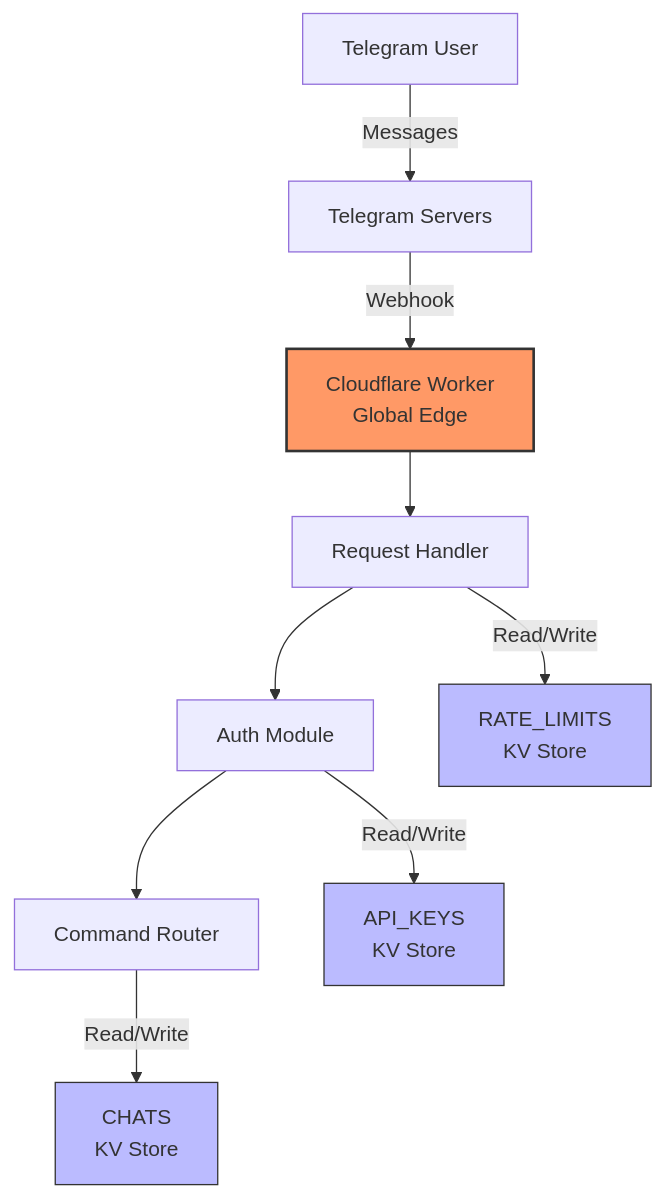
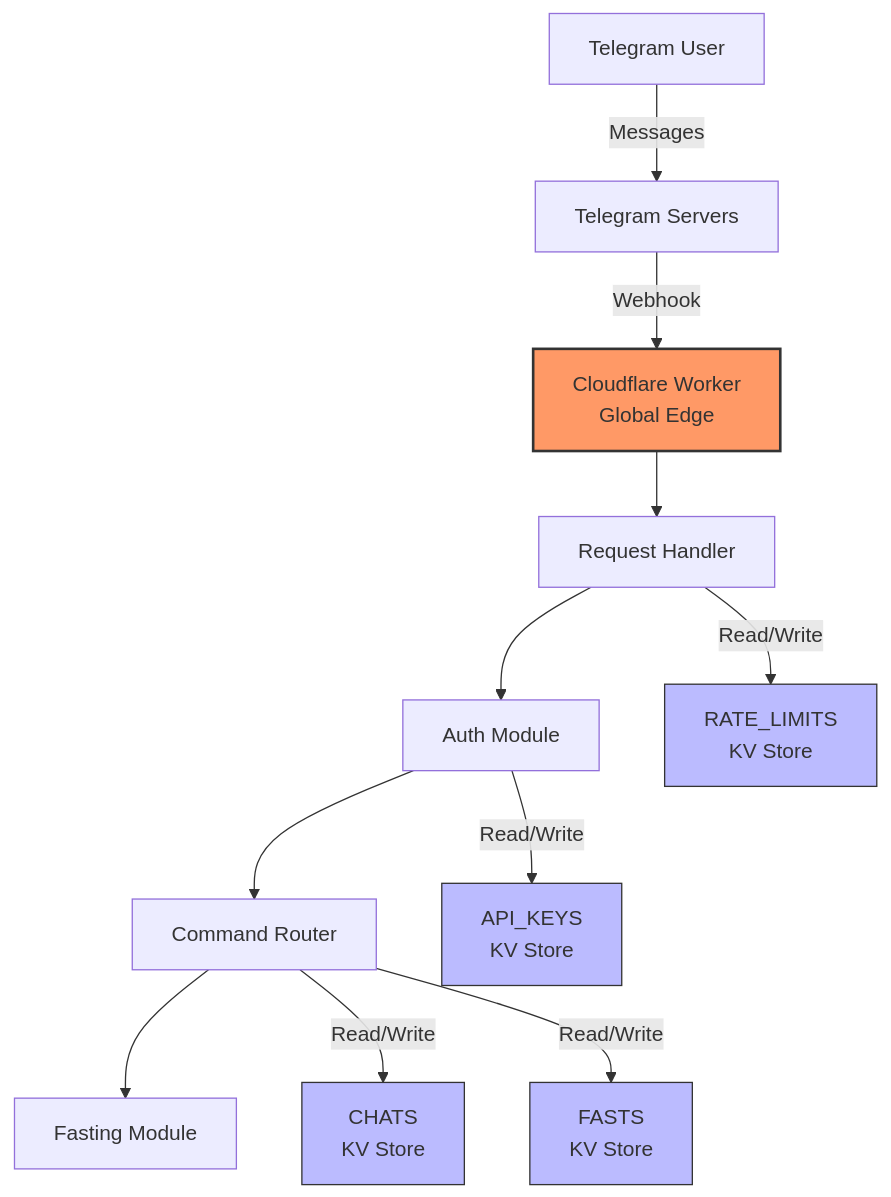
Before and after one commit to igor-kupczynski/ZenFast: the diagram in README.md, drawn with Mermaid. The commit also changed other lines of this file, not shown here.

Commit message:
docs: update README for fasting tracker features and usage

````diff
--- a/README.md
+++ b/README.md
@@ -17,18 +20,21 @@
 ```mermaid
 graph TD
     A[Telegram User] -->|Messages| B[Telegram Servers]
     B -->|Webhook| C[Cloudflare Worker<br/>Global Edge]
     
     C --> D[Request Handler]
     D --> E[Auth Module]
     E --> F[Command Router]
+    F --> J[Fasting Module]
     
     E -->|Read/Write| G[API_KEYS<br/>KV Store]
     F -->|Read/Write| H[CHATS<br/>KV Store]
     D -->|Read/Write| I[RATE_LIMITS<br/>KV Store]
+    F -->|Read/Write| K[FASTS<br/>KV Store]
     
     style C fill:#f96,stroke:#333,stroke-width:2px
     style G fill:#bbf,stroke:#333,stroke-width:1px
     style H fill:#bbf,stroke:#333,stroke-width:1px
     style I fill:#bbf,stroke:#333,stroke-width:1px
+    style K fill:#bbf,stroke:#333,stroke-width:1px
 ```
````
